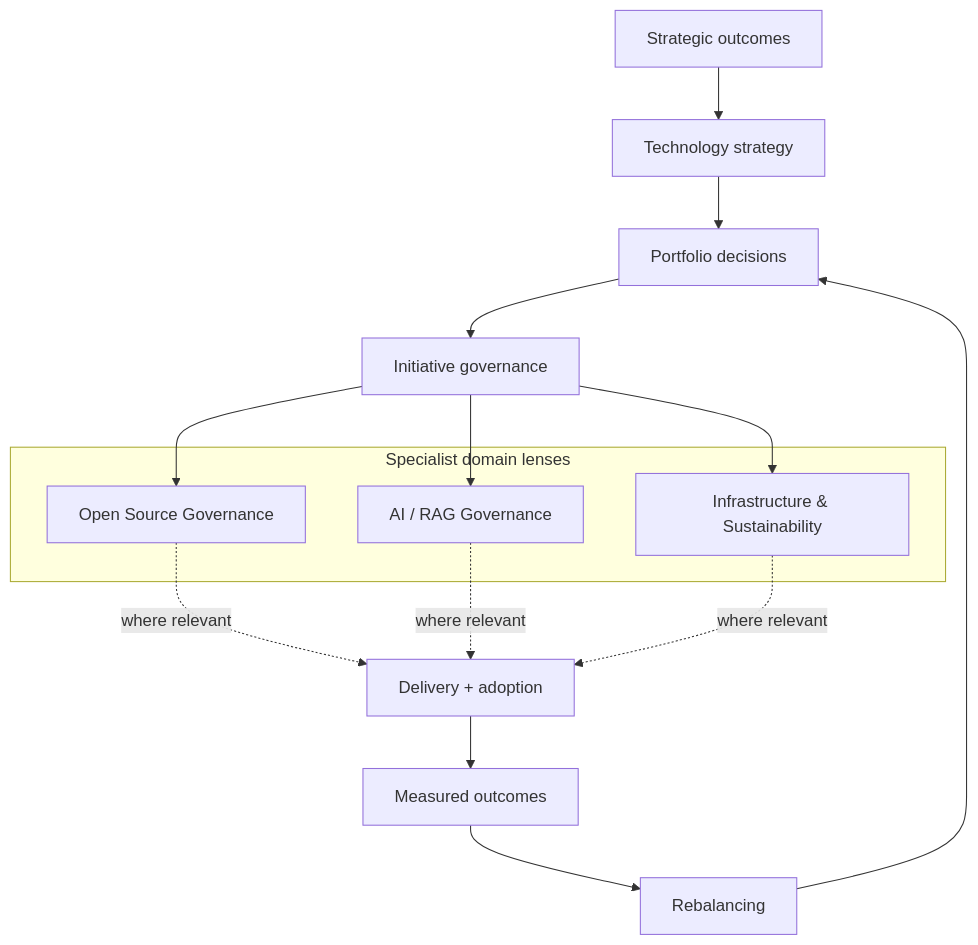
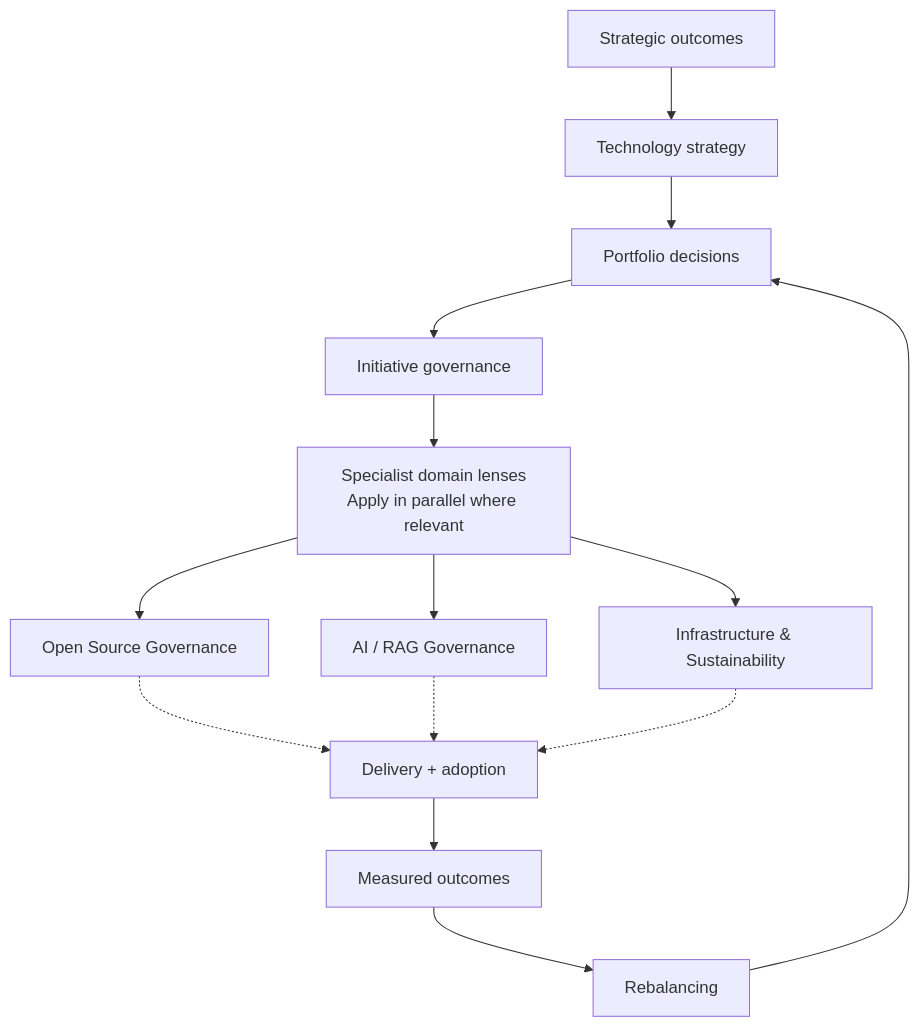
Before and after one commit to A13xandr0/A13xandr0: the second of 3 diagrams in README.md, drawn with Mermaid.

Commit message:
Fix governance diagram label overlap

````diff
--- a/README.md
+++ b/README.md
@@ -95,20 +95,16 @@
 ```mermaid
 flowchart TD
     A["Strategic outcomes"] --> B["Technology strategy"]
     B --> C["Portfolio decisions"]
     C --> D["Initiative governance"]
-    subgraph Domains["Specialist domain lenses"]
-        E["Open Source Governance"]
-        F["AI / RAG Governance"]
-        G["Infrastructure & Sustainability"]
-    end
-    D --> E
-    D --> F
-    D --> G
-    E -. "where relevant" .-> H["Delivery + adoption"]
-    F -. "where relevant" .-> H
-    G -. "where relevant" .-> H
+    D --> N["Specialist domain lenses<br/>Apply in parallel where relevant"]
+    N --> E["Open Source Governance"]
+    N --> F["AI / RAG Governance"]
+    N --> G["Infrastructure & Sustainability"]
+    E -.-> H["Delivery + adoption"]
+    F -.-> H
+    G -.-> H
     H --> I["Measured outcomes"]
     I --> J["Rebalancing"]
     J --> C
 ```
````
